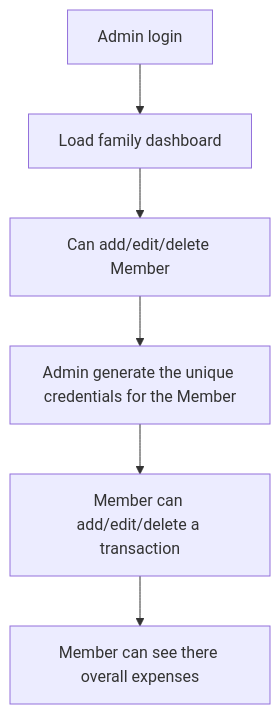
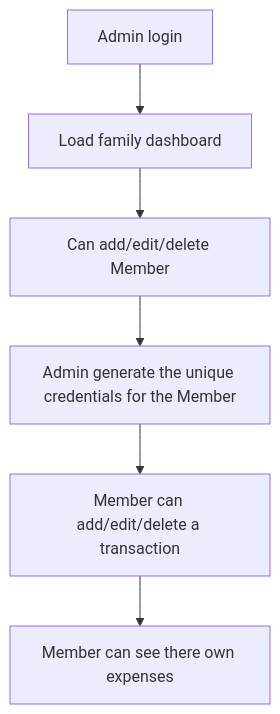
Before and after one commit to Rudraksh-GKMIT/PocketBuddy-docs: the diagram in docs/modules.md, drawn with Mermaid. The commit also changed other lines of this file and 12 other files, not shown here.

Commit message:
fix :updated the schema table

````diff
--- a/docs/modules.md
+++ b/docs/modules.md
@@ -34,8 +34,8 @@
 ```mermaid
 flowchart TD
     A[Admin login] --> B[Load family dashboard]
     B --> C[Can add/edit/delete Member]
     C --> D[Admin generate the unique credentials for the Member]
     D --> E[Member can add/edit/delete a transaction]
-    E --> F[Member can see there overall expenses]
+    E --> F[Member can see there own expenses]
 ```
````
